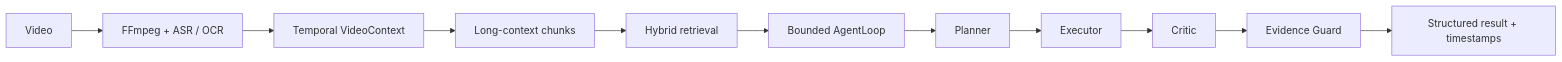
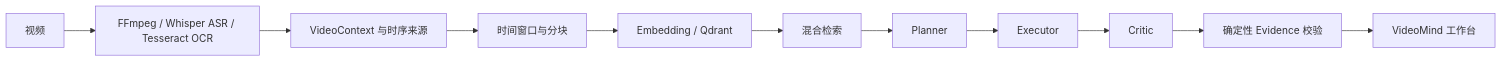
The second of 2 diagrams in README.md (Morimi-Kazuha/VideoMind), drawn with Mermaid before and after one commit. The commit also changed other lines of this file and 22 other files, not shown here.

Commit message:
chore(release): prepare VideoMind RC1 public candidate

````diff
--- a/README.md
+++ b/README.md
@@ -19,10 +46,13 @@
 ```mermaid
 flowchart LR
-    Video --> Extract[FFmpeg + ASR / OCR]
-    Extract --> Context[Temporal VideoContext]
-    Context --> Chunks[Long-context chunks]
-    Chunks --> Retrieval[Hybrid retrieval]
-    Retrieval --> Agent[Bounded AgentLoop]
-    Agent --> Planner --> Executor --> Critic --> Guard[Evidence Guard]
-    Guard --> Result[Structured result + timestamps]
+    Media[视频] --> Extract[FFmpeg / Whisper ASR / Tesseract OCR]
+    Extract --> Context[VideoContext 与时序来源]
+    Context --> Chunks[时间窗口与分块]
+    Chunks --> Index[Embedding / Qdrant]
+    Index --> Retrieval[混合检索]
+    Retrieval --> Planner
+    Planner --> Executor
+    Executor --> Critic
+    Critic --> Guard[确定性 Evidence 校验]
+    Guard --> UI[VideoMind 工作台]
 ```
````
